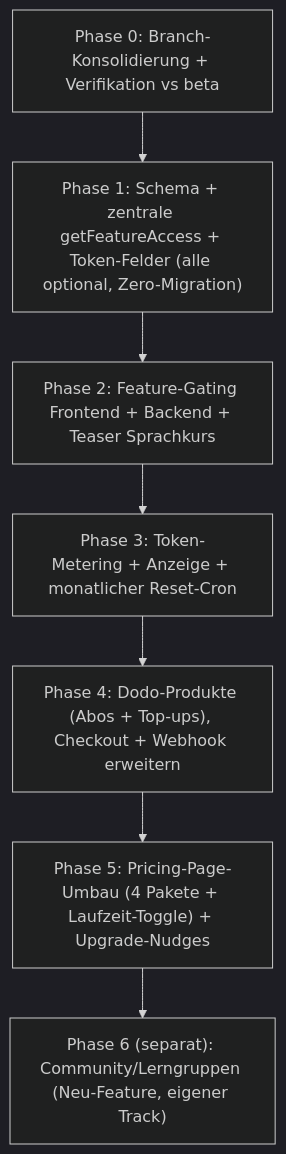
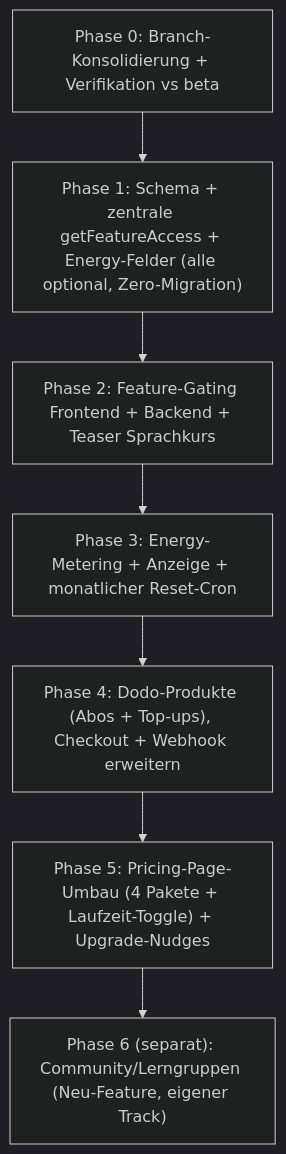
The second of 2 diagrams in docs/restructure/04_BRANCH_KONSOLIDIERUNG_UND_ROADMAP.md (jaxn58/srpski-learn-buddy), drawn with Mermaid (dark theme) before and after one commit. The commit also changed other lines of this file and 7 other files, not shown here.

````diff
--- a/docs/restructure/04_BRANCH_KONSOLIDIERUNG_UND_ROADMAP.md
+++ b/docs/restructure/04_BRANCH_KONSOLIDIERUNG_UND_ROADMAP.md
@@ -54,10 +54,10 @@
 ```mermaid
 flowchart TD
   P0["Phase 0: Branch-Konsolidierung + Verifikation vs beta"] --> P1
-  P1["Phase 1: Schema + zentrale getFeatureAccess + Token-Felder (alle optional, Zero-Migration)"] --> P2
+  P1["Phase 1: Schema + zentrale getFeatureAccess + Energy-Felder (alle optional, Zero-Migration)"] --> P2
   P2["Phase 2: Feature-Gating Frontend + Backend + Teaser Sprachkurs"] --> P3
-  P3["Phase 3: Token-Metering + Anzeige + monatlicher Reset-Cron"] --> P4
+  P3["Phase 3: Energy-Metering + Anzeige + monatlicher Reset-Cron"] --> P4
   P4["Phase 4: Dodo-Produkte (Abos + Top-ups), Checkout + Webhook erweitern"] --> P5
   P5["Phase 5: Pricing-Page-Umbau (4 Pakete + Laufzeit-Toggle) + Upgrade-Nudges"]
   P5 --> P6["Phase 6 (separat): Community/Lerngruppen (Neu-Feature, eigener Track)"]
 ```
````
